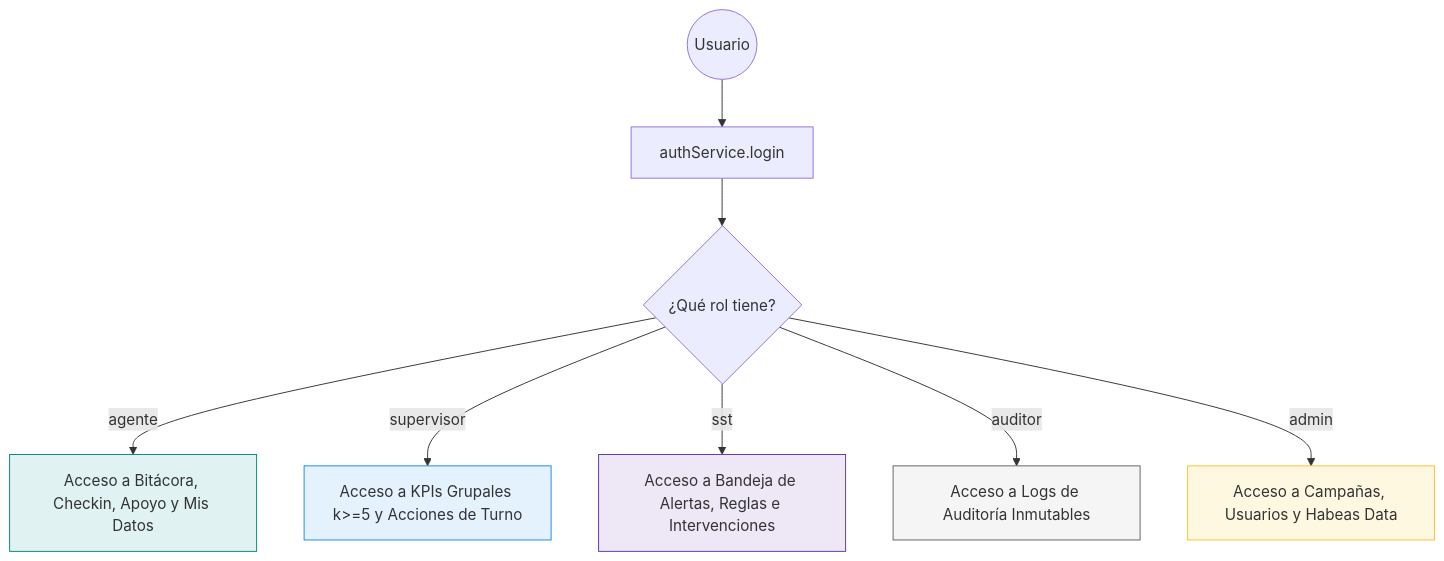
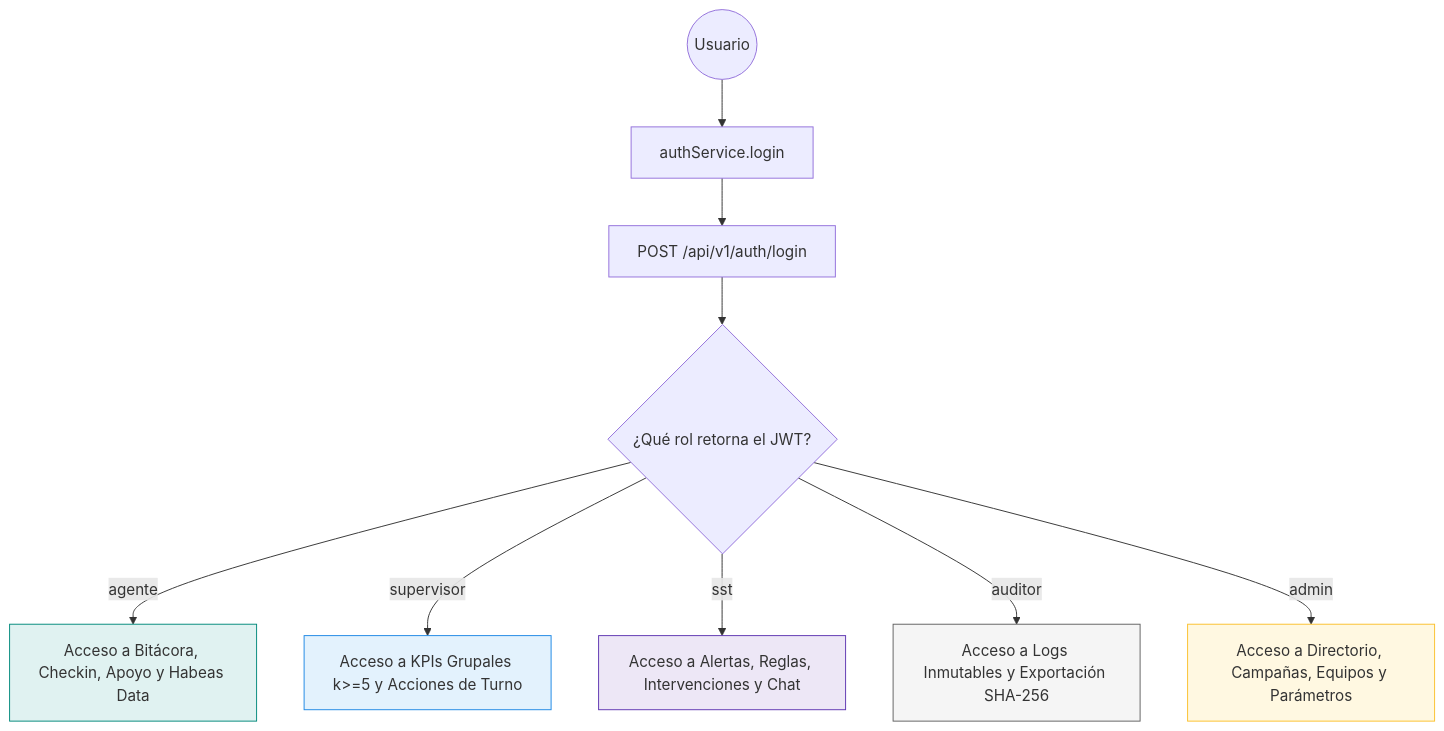
One commit to SODI1999/Pulso360 changed the second of 3 diagrams in docs/libro-pulso360/03_arquitectura_core.md. Above: the diagram before and after it, drawn with Mermaid. The commit also changed other lines of this file and 13 other files, not shown here.

````diff
--- a/docs/libro-pulso360/03_arquitectura_core.md
+++ b/docs/libro-pulso360/03_arquitectura_core.md
@@ -75,16 +79,17 @@
 ```mermaid
 graph TD
     User((Usuario)) --> Login[authService.login]
-    Login --> RoleDecision{¿Qué rol tiene?}
-    RoleDecision -->|agente| R1[Acceso a Bitácora, Checkin, Apoyo y Mis Datos]
+    Login --> API[POST /api/v1/auth/login]
+    API --> RoleDecision{¿Qué rol retorna el JWT?}
+    RoleDecision -->|agente| R1[Acceso a Bitácora, Checkin, Apoyo y Habeas Data]
     RoleDecision -->|supervisor| R2[Acceso a KPIs Grupales k>=5 y Acciones de Turno]
-    RoleDecision -->|sst| R3[Acceso a Bandeja de Alertas, Reglas e Intervenciones]
-    RoleDecision -->|auditor| R4[Acceso a Logs de Auditoría Inmutables]
-    RoleDecision -->|admin| R5[Acceso a Campañas, Usuarios y Habeas Data]
+    RoleDecision -->|sst| R3[Acceso a Alertas, Reglas, Intervenciones y Chat]
+    RoleDecision -->|auditor| R4[Acceso a Logs Inmutables y Exportación SHA-256]
+    RoleDecision -->|admin| R5[Acceso a Directorio, Campañas, Equipos y Parámetros]
 
     style R1 fill:#e0f2f1,stroke:#00897b
     style R2 fill:#e3f2fd,stroke:#1e88e5
     style R3 fill:#ede7f6,stroke:#5e35b1
     style R4 fill:#f5f5f5,stroke:#616161
     style R5 fill:#fff8e1,stroke:#fbc02d
 ```
````
